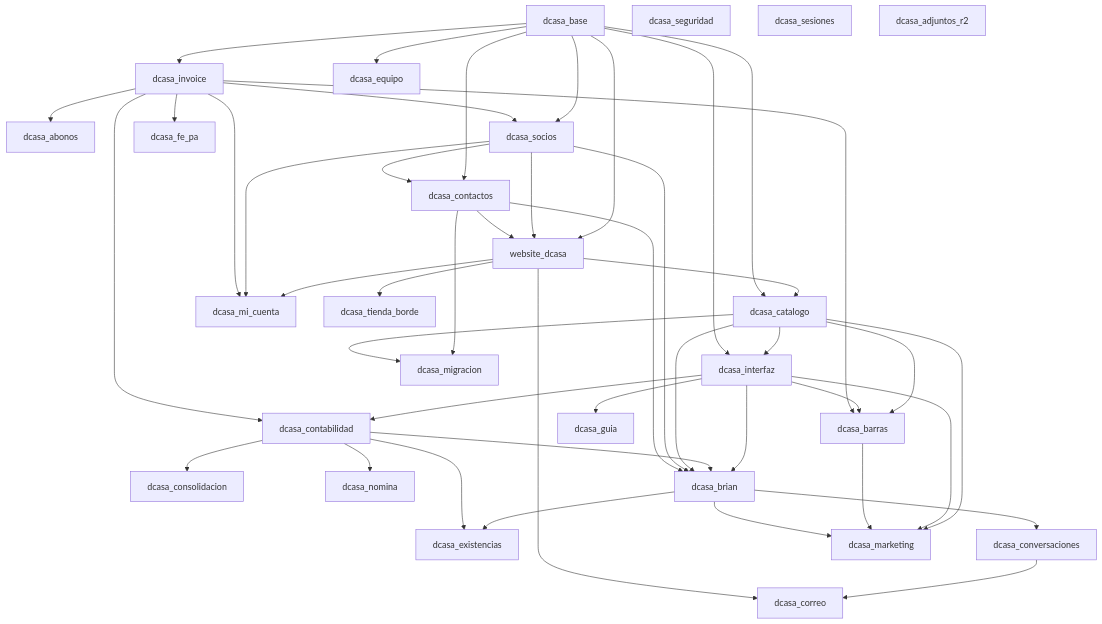
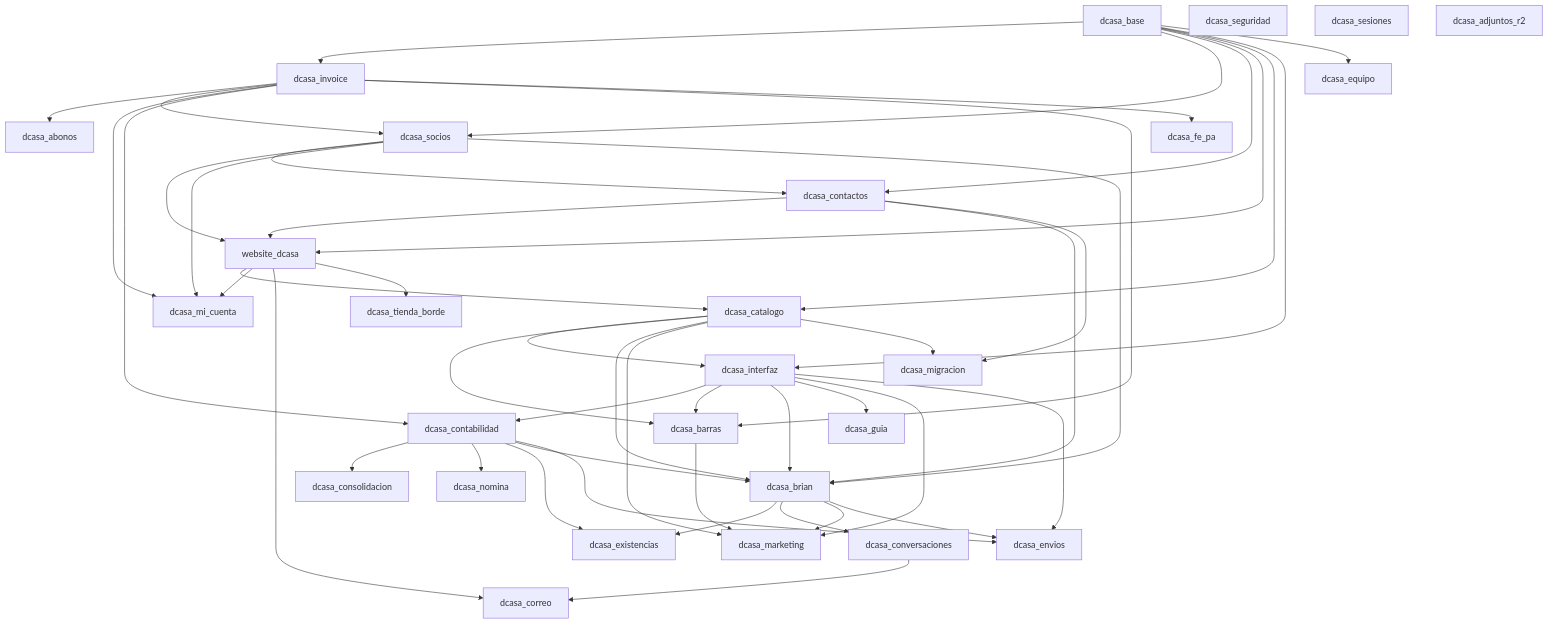
One commit to dcasapty/D_Casa_new_word changed the diagram in docs/MODULOS.md. Above: the diagram before and after it, drawn with Mermaid. The commit also changed other lines of this file and 7 other files, not shown here.

First line of the commit message:
Envíos: documentación (ENVIOS.md, módulos, permisos, Brian y bitácora)

````diff
--- a/docs/MODULOS.md
+++ b/docs/MODULOS.md
@@ -60,49 +61,52 @@
 ```mermaid
 flowchart TD
   base[dcasa_base] --> invoice[dcasa_invoice]
   invoice --> abonos[dcasa_abonos]
   base --> socios[dcasa_socios]
   invoice --> socios
   base --> contactos[dcasa_contactos]
   socios --> contactos
   base --> web[website_dcasa]
   socios --> web
   contactos --> web
   web --> catalogo[dcasa_catalogo]
   base --> catalogo
   catalogo --> interfaz[dcasa_interfaz]
   base --> interfaz
   web --> micuenta[dcasa_mi_cuenta]
   socios --> micuenta
   invoice --> micuenta
   interfaz --> conta[dcasa_contabilidad]
   invoice --> conta
   conta --> conso[dcasa_consolidacion]
   conta --> nomina[dcasa_nomina]
   base --> equipo[dcasa_equipo]
   catalogo --> barras[dcasa_barras]
   interfaz --> barras
   invoice --> barras
   brian --> existencias[dcasa_existencias]
   conta --> existencias
   interfaz --> brian[dcasa_brian]
   conta --> brian
   catalogo --> brian
   socios --> brian
   contactos --> brian
   brian --> conv[dcasa_conversaciones]
   conv --> correo[dcasa_correo]
   web --> correo
   interfaz --> guia[dcasa_guia]
   catalogo --> marketing[dcasa_marketing]
   interfaz --> marketing
   barras --> marketing
   brian --> marketing
+  interfaz --> envios[dcasa_envios]
+  conta --> envios
+  brian --> envios
   contactos --> migracion[dcasa_migracion]
   catalogo --> migracion
   invoice --> fe[dcasa_fe_pa]
   web --> borde[dcasa_tienda_borde]
   seguridad[dcasa_seguridad]
   sesiones[dcasa_sesiones]
   r2[dcasa_adjuntos_r2]
 ```
````
